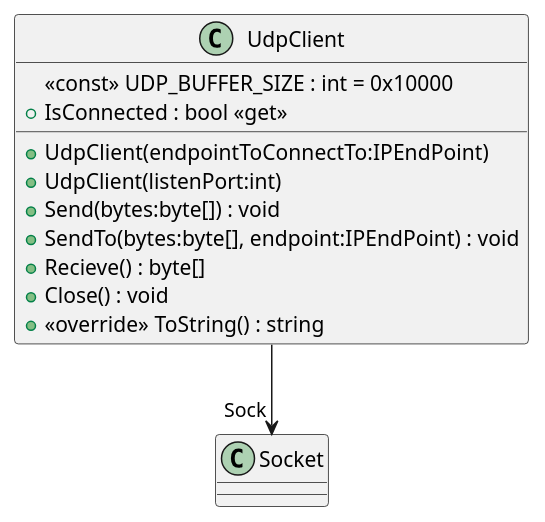
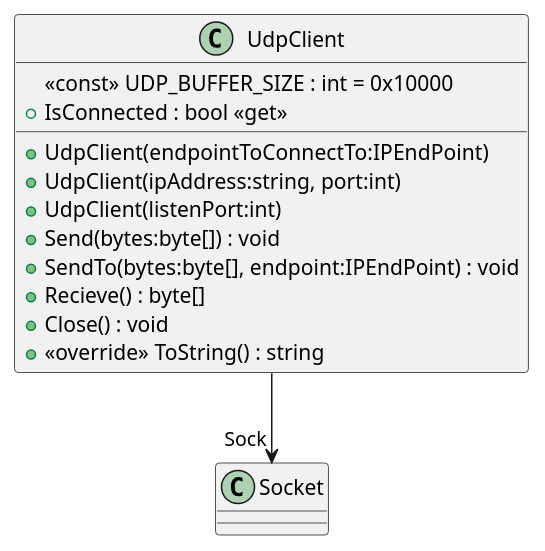
The diagram in plantuml/Scripts/Utils/Network/UDP/UdpClient.puml (muveso/deneme), drawn with PlantUML before and after one commit. The commit also changed 27 other files, not shown here.

```diff
--- a/plantuml/Scripts/Utils/Network/UDP/UdpClient.puml
+++ b/plantuml/Scripts/Utils/Network/UDP/UdpClient.puml
@@ -1,14 +1,15 @@
 @startuml
 class UdpClient {
     <<const>> UDP_BUFFER_SIZE : int = 0x10000
     + UdpClient(endpointToConnectTo:IPEndPoint)
+    + UdpClient(ipAddress:string, port:int)
     + UdpClient(listenPort:int)
     + IsConnected : bool <<get>>
     + Send(bytes:byte[]) : void
     + SendTo(bytes:byte[], endpoint:IPEndPoint) : void
     + Recieve() : byte[]
     + Close() : void
     + <<override>> ToString() : string
 }
 UdpClient --> "Sock" Socket
 @enduml
```
